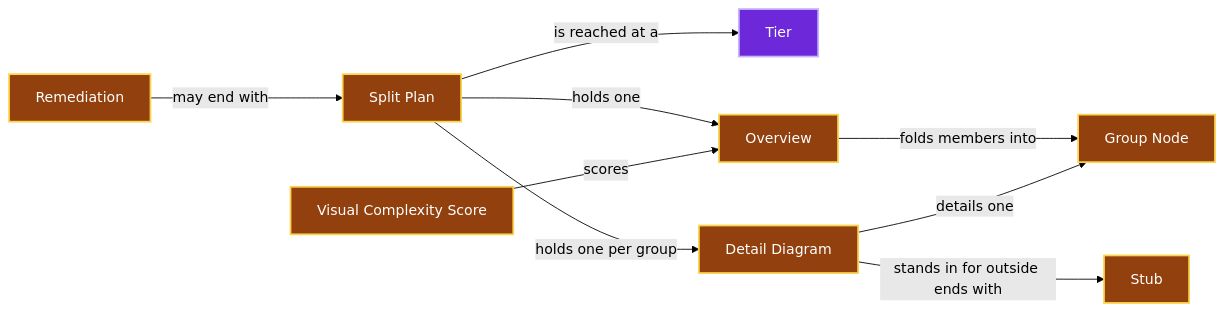
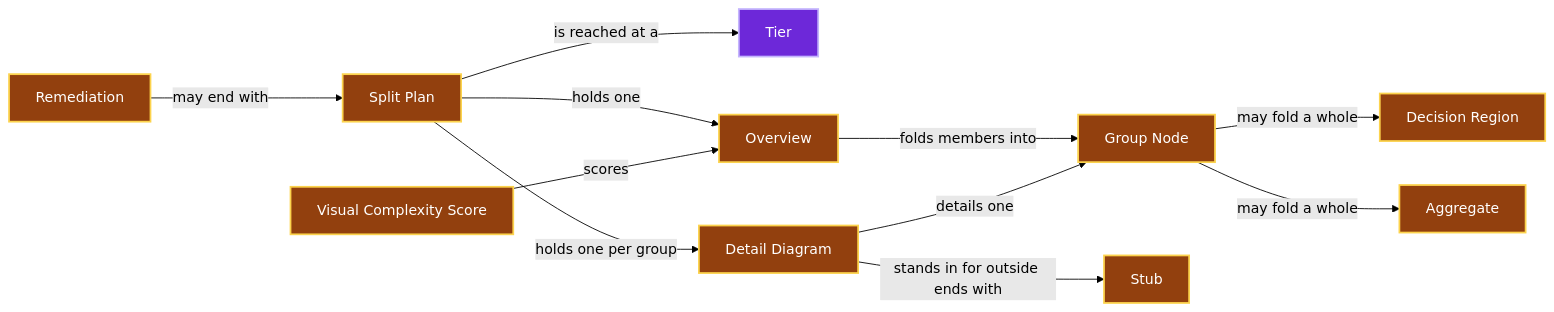
The third of 6 diagrams in GLOSSARY.md (jpeakai/jpai-mermaidjs-lint), drawn with Mermaid (forest theme) before and after one commit. The commit also changed other lines of this file and 28 other files, not shown here.

First line of the commit message:
Group erDiagram entities by aggregate root; show each plan's ladder

````diff
--- a/GLOSSARY.md
+++ b/GLOSSARY.md
@@ -89,27 +89,31 @@
 ```mermaid
 flowchart LR
     REM["Remediation"]:::info
     SPL["Split Plan"]:::info
     TIR["Tier"]:::rule
     OVR["Overview"]:::info
     GRP["Group Node"]:::info
     DET["Detail Diagram"]:::info
     STB["Stub"]:::info
     VCS["Visual Complexity Score"]:::info
+    DRG["Decision Region"]:::info
+    AGG["Aggregate"]:::info
 
     REM -- may end with --> SPL
     SPL -- is reached at a --> TIR
     SPL -- holds one --> OVR
     SPL -- holds one per group --> DET
     OVR -- folds members into --> GRP
     DET -- details one --> GRP
     DET -- stands in for outside ends with --> STB
     VCS -- scores --> OVR
+    GRP -- may fold a whole --> DRG
+    GRP -- may fold a whole --> AGG
 
     classDef people    fill:#1e40af,stroke:#93c5fd,color:#fff,stroke-width:2px
     classDef info      fill:#92400e,stroke:#fcd34d,color:#fff,stroke-width:2px
     classDef rule      fill:#6d28d9,stroke:#c4b5fd,color:#fff,stroke-width:2px
     classDef forbidden fill:#b91c1c,stroke:#fca5a5,color:#fff,stroke-width:2px
     classDef pipeline  fill:#047857,stroke:#6ee7b7,color:#fff,stroke-width:2px
     classDef record    fill:#334155,stroke:#cbd5e1,color:#fff,stroke-width:2px
 ```
````
